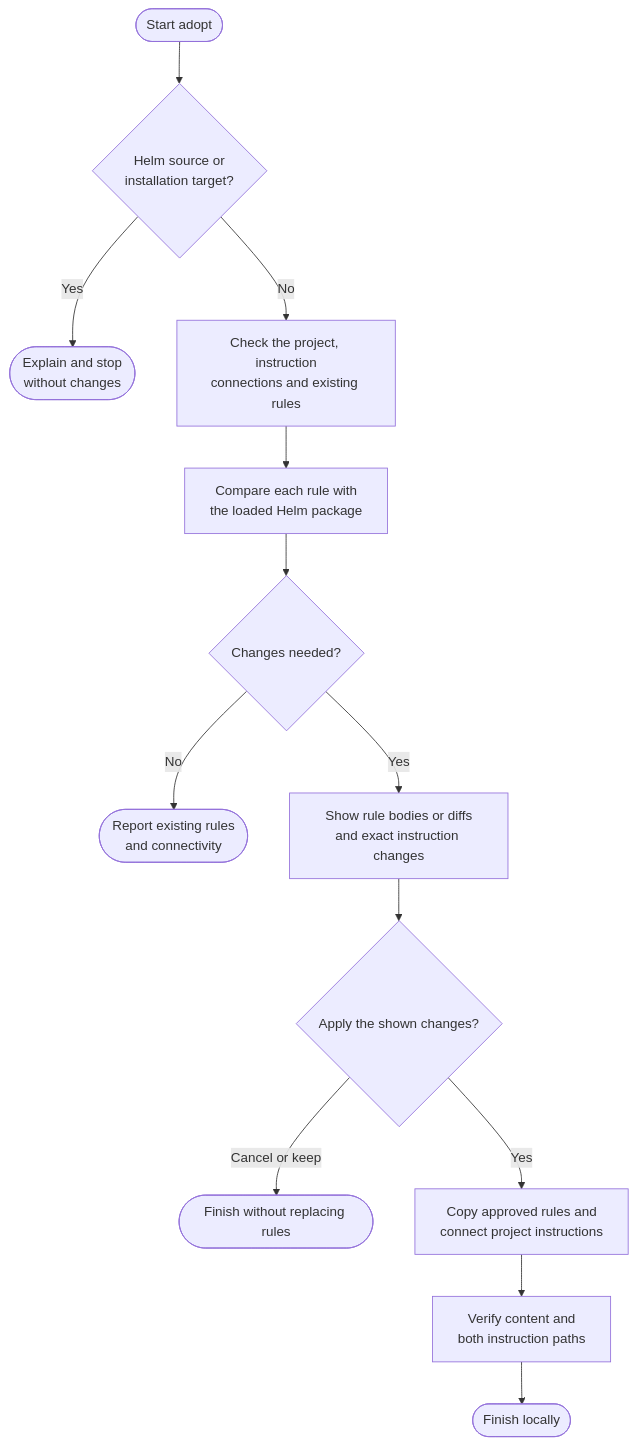
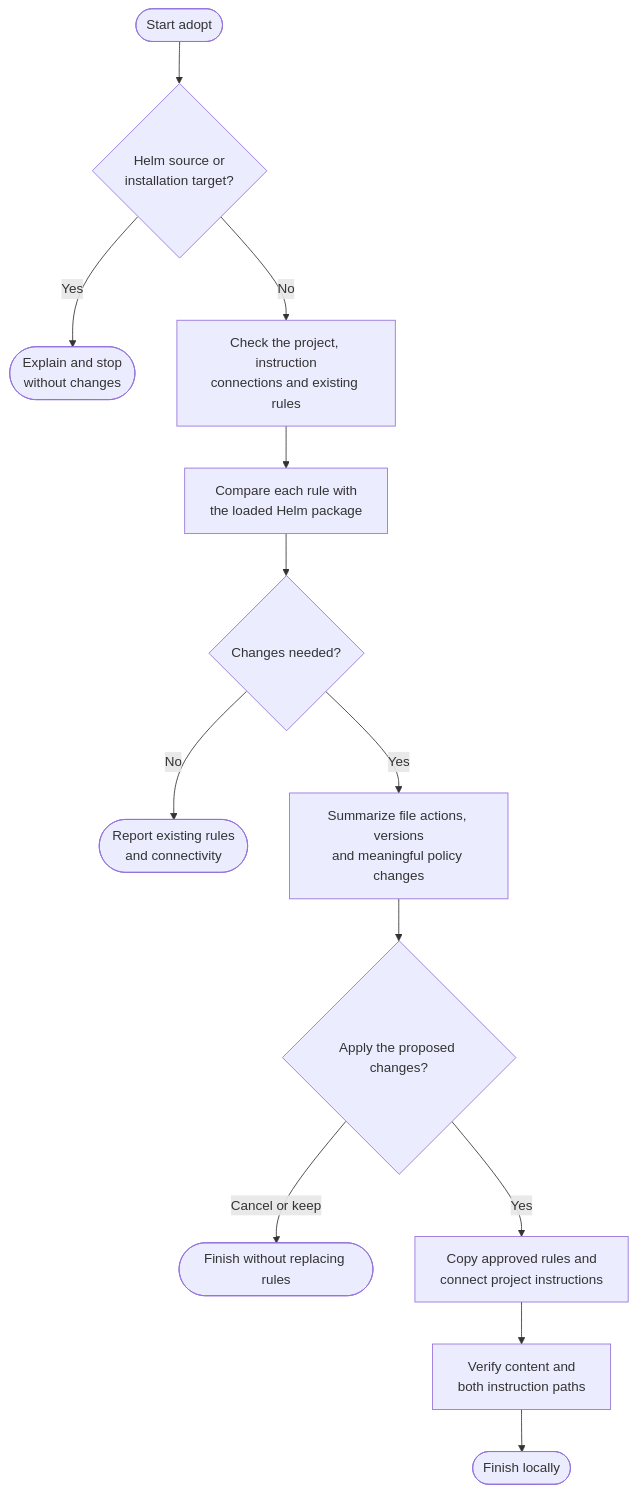
Before and after one commit to myowinthein/agent-helm: the diagram in docs/commands/adopt.md, drawn with Mermaid. The commit also changed other lines of this file and 1 other file, not shown here.

Commit message:
fix(adopt): avoid full rule dumps before approval

````diff
--- a/docs/commands/adopt.md
+++ b/docs/commands/adopt.md
@@ -25,15 +25,15 @@
 ```mermaid
 flowchart TD
   Start(["Start adopt"]) --> Guard{"Helm source or<br/>installation target?"}
   Guard -->|Yes| Stop(["Explain and stop<br/>without changes"])
   Guard -->|No| Inspect["Check the project, instruction<br/>connections and existing rules"]
   Inspect --> Compare["Compare each rule with<br/>the loaded Helm package"]
   Compare --> Needed{"Changes needed?"}
   Needed -->|No| Current(["Report existing rules<br/>and connectivity"])
-  Needed -->|Yes| Review["Show rule bodies or diffs<br/>and exact instruction changes"]
-  Review --> Decision{"Apply the shown changes?"}
+  Needed -->|Yes| Review["Summarize file actions, versions<br/>and meaningful policy changes"]
+  Review --> Decision{"Apply the proposed changes?"}
   Decision -->|Cancel or keep| Finish(["Finish without replacing rules"])
   Decision -->|Yes| Apply["Copy approved rules and<br/>connect project instructions"]
   Apply --> Verify["Verify content and<br/>both instruction paths"]
   Verify --> Done(["Finish locally"])
 ```
````
